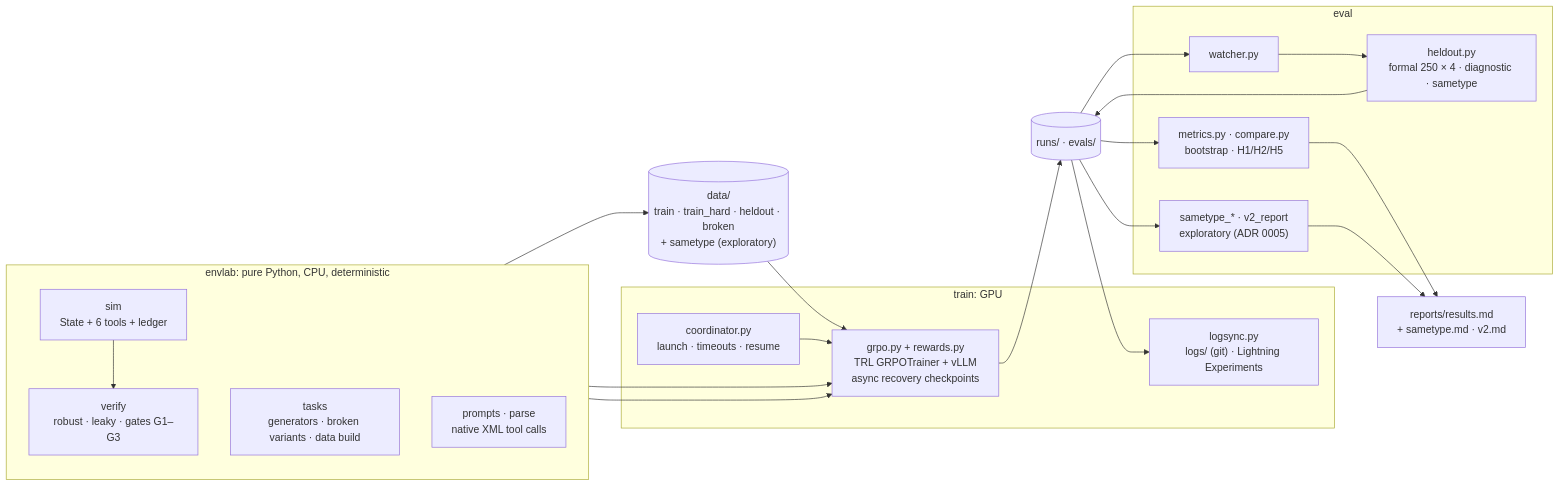
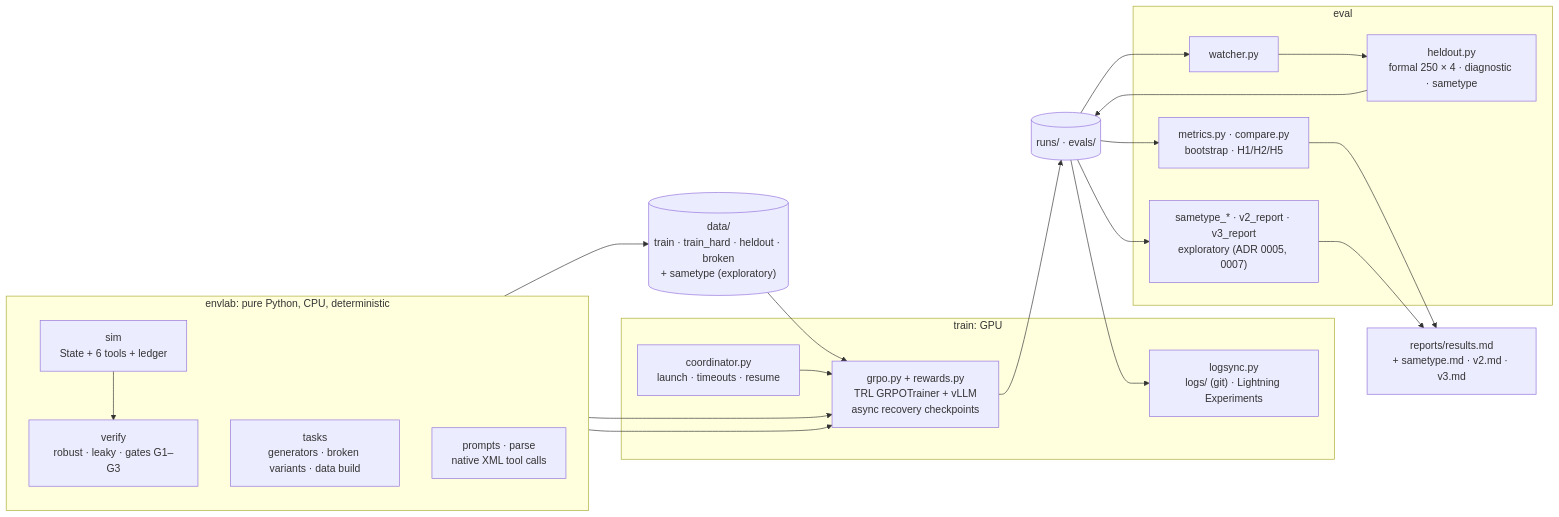
One commit to codexceed/rl-env-lab changed the first of 7 diagrams in ARCHITECTURE.md. Above: the diagram before and after it, drawn with Mermaid. The commit also changed other lines of this file and 4 other files, not shown here.

````diff
--- a/ARCHITECTURE.md
+++ b/ARCHITECTURE.md
@@ -11,38 +11,38 @@
 ```mermaid
 flowchart LR
   subgraph ENV["envlab: pure Python, CPU, deterministic"]
     direction TB
     SIM["sim<br/>State + 6 tools + ledger"]
     TASKS["tasks<br/>generators · broken variants · data build"]
     VERIFY["verify<br/>robust · leaky · gates G1–G3"]
     PROMPTS["prompts · parse<br/>native XML tool calls"]
   end
   subgraph TRAIN["train: GPU"]
     GRPO["grpo.py + rewards.py<br/>TRL GRPOTrainer + vLLM<br/>async recovery checkpoints"]
     COORD["coordinator.py<br/>launch · timeouts · resume"]
     SYNC["logsync.py<br/>logs/ (git) · Lightning Experiments"]
   end
   subgraph EVAL["eval"]
     HELD["heldout.py<br/>formal 250 × 4 · diagnostic · sametype"]
     WATCH["watcher.py"]
     CMP["metrics.py · compare.py<br/>bootstrap · H1/H2/H5"]
-    EXP["sametype_* · v2_report<br/>exploratory (ADR 0005)"]
+    EXP["sametype_* · v2_report · v3_report<br/>exploratory (ADR 0005, 0007)"]
   end
   DATA[("data/<br/>train · train_hard · heldout · broken<br/>+ sametype (exploratory)")]
   RUNS[("runs/ · evals/")]
-  REP["reports/results.md<br/>+ sametype.md · v2.md"]
+  REP["reports/results.md<br/>+ sametype.md · v2.md · v3.md"]
 
   TASKS --> DATA
   DATA --> GRPO
   SIM --> VERIFY
   PROMPTS --> GRPO
   VERIFY --> GRPO
   COORD --> GRPO
   GRPO --> RUNS
   WATCH --> HELD
   RUNS --> WATCH
   HELD --> RUNS
   RUNS --> CMP --> REP
   RUNS --> EXP --> REP
   RUNS --> SYNC
 ```
````
